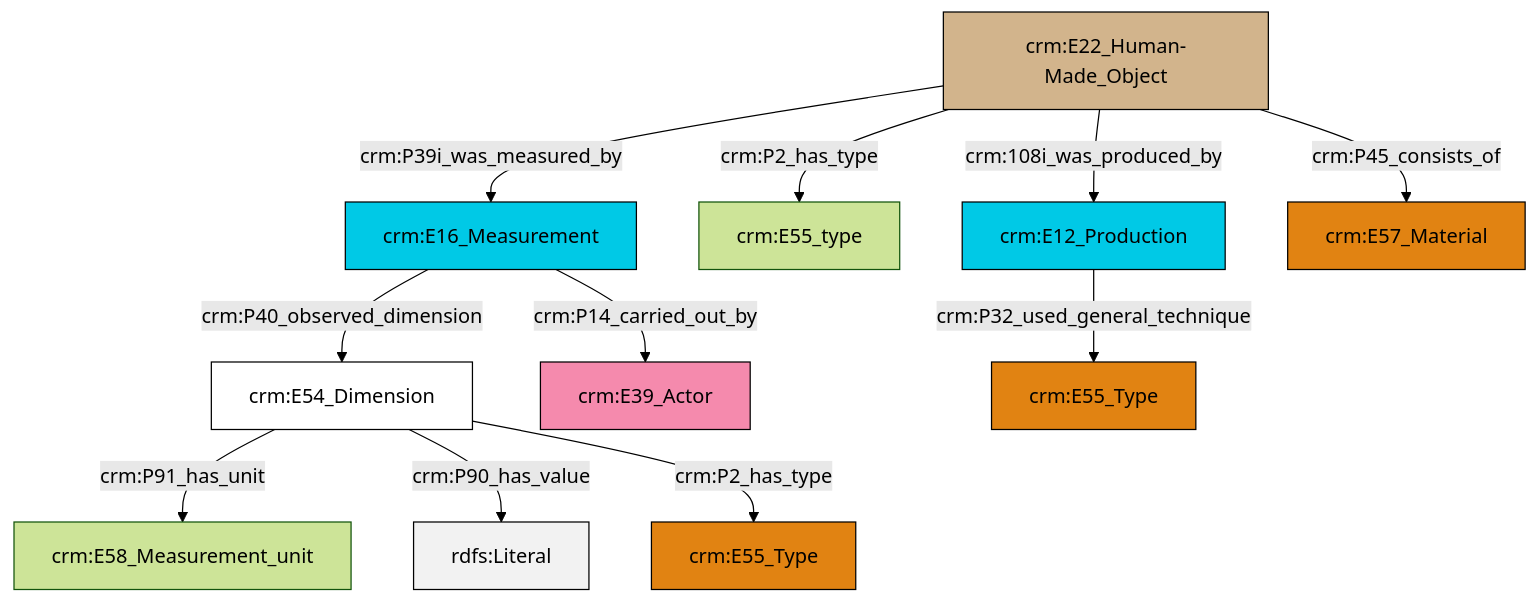
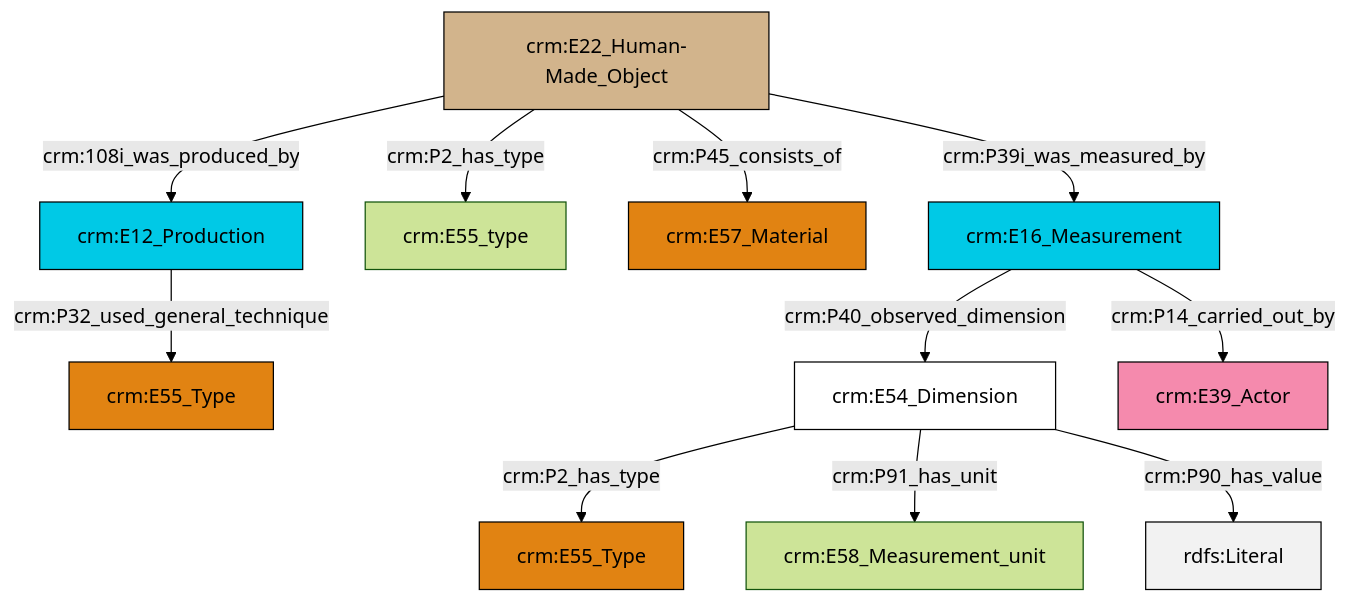
The diagram in et/builtWorkCSV/ttl/mmd/Built_Work_substance.ttl.mmd (swiss-art-research-net/docs.swissartresearch), drawn with Mermaid (forest theme) before and after one commit. The commit also changed 178 other files, not shown here.

```diff
--- a/et/builtWorkCSV/ttl/mmd/Built_Work_substance.ttl.mmd
+++ b/et/builtWorkCSV/ttl/mmd/Built_Work_substance.ttl.mmd
@@ -1,25 +1,25 @@
 graph TD
 classDef Literal fill:#f2f2f2,stroke:#000000;
 classDef CRM_Entity fill:#FFFFFF,stroke:#000000;
 classDef Temporal_Entity fill:#00C9E6, stroke:#000000;
 classDef Type fill:#E18312, stroke:#000000;
 classDef Time-Span fill:#2C9C91, stroke:#000000;
 classDef Appellation fill:#FFEB7F, stroke:#000000;
 classDef Place fill:#008836, stroke:#000000;
 classDef Persistent_Item fill:#B266B2, stroke:#000000;
 classDef Conceptual_Object fill:#FFD700, stroke:#000000;
 classDef Physical_Thing fill:#D2B48C, stroke:#000000;
 classDef Actor fill:#f58aad, stroke:#000000;
 classDef PC_Classes fill:#4ce600, stroke:#000000;
 classDef Multi fill:#cccccc,stroke:#000000;
 
-0["crm:E54_Dimension"]:::CRM_Entity -->|crm:P91_has_unit| 1["crm:E58_Measurement_unit"]:::Default
-2["crm:E16_Measurement"]:::Temporal_Entity -->|crm:P40_observed_dimension| 0["crm:E54_Dimension"]:::CRM_Entity
-2["crm:E16_Measurement"]:::Temporal_Entity -->|crm:P14_carried_out_by| 6["crm:E39_Actor"]:::Actor
-0["crm:E54_Dimension"]:::CRM_Entity -->|crm:P90_has_value| 10[rdfs:Literal]:::Literal
-13["crm:E12_Production"]:::Temporal_Entity -->|crm:P32_used_general_technique| 15["crm:E55_Type"]:::Type
-16["crm:E22_Human-Made_Object"]:::Physical_Thing -->|crm:P39i_was_measured_by| 2["crm:E16_Measurement"]:::Temporal_Entity
-0["crm:E54_Dimension"]:::CRM_Entity -->|crm:P2_has_type| 4["crm:E55_Type"]:::Type
-16["crm:E22_Human-Made_Object"]:::Physical_Thing -->|crm:P2_has_type| 8["crm:E55_type"]:::Default
-16["crm:E22_Human-Made_Object"]:::Physical_Thing -->|crm:P45_consists_of| 18["crm:E57_Material"]:::Type
-16["crm:E22_Human-Made_Object"]:::Physical_Thing -->|crm:108i_was_produced_by| 13["crm:E12_Production"]:::Temporal_Entity
+0["crm:E54_Dimension"]:::CRM_Entity -->|crm:P2_has_type| 1["crm:E55_Type"]:::Type
+4["crm:E22_Human-Made_Object"]:::Physical_Thing -->|crm:108i_was_produced_by| 5["crm:E12_Production"]:::Temporal_Entity
+5["crm:E12_Production"]:::Temporal_Entity -->|crm:P32_used_general_technique| 6["crm:E55_Type"]:::Type
+7["crm:E16_Measurement"]:::Temporal_Entity -->|crm:P40_observed_dimension| 0["crm:E54_Dimension"]:::CRM_Entity
+4["crm:E22_Human-Made_Object"]:::Physical_Thing -->|crm:P2_has_type| 8["crm:E55_type"]:::Default
+4["crm:E22_Human-Made_Object"]:::Physical_Thing -->|crm:P45_consists_of| 2["crm:E57_Material"]:::Type
+0["crm:E54_Dimension"]:::CRM_Entity -->|crm:P91_has_unit| 11["crm:E58_Measurement_unit"]:::Default
+0["crm:E54_Dimension"]:::CRM_Entity -->|crm:P90_has_value| 20[rdfs:Literal]:::Literal
+4["crm:E22_Human-Made_Object"]:::Physical_Thing -->|crm:P39i_was_measured_by| 7["crm:E16_Measurement"]:::Temporal_Entity
+7["crm:E16_Measurement"]:::Temporal_Entity -->|crm:P14_carried_out_by| 16["crm:E39_Actor"]:::Actor
```
